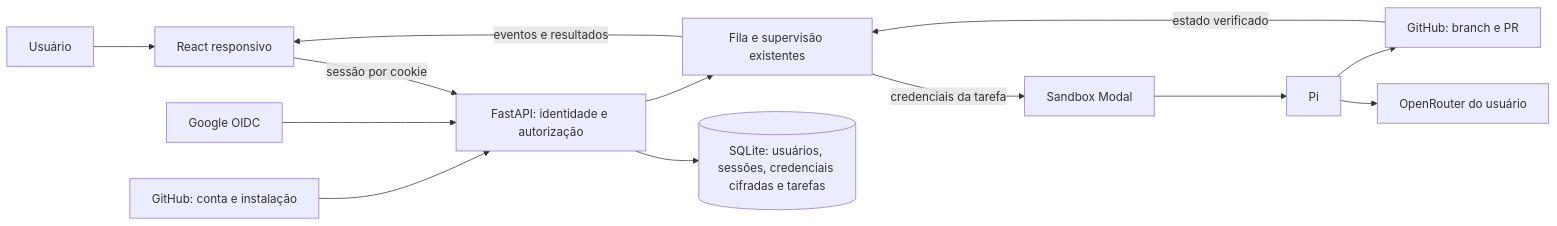
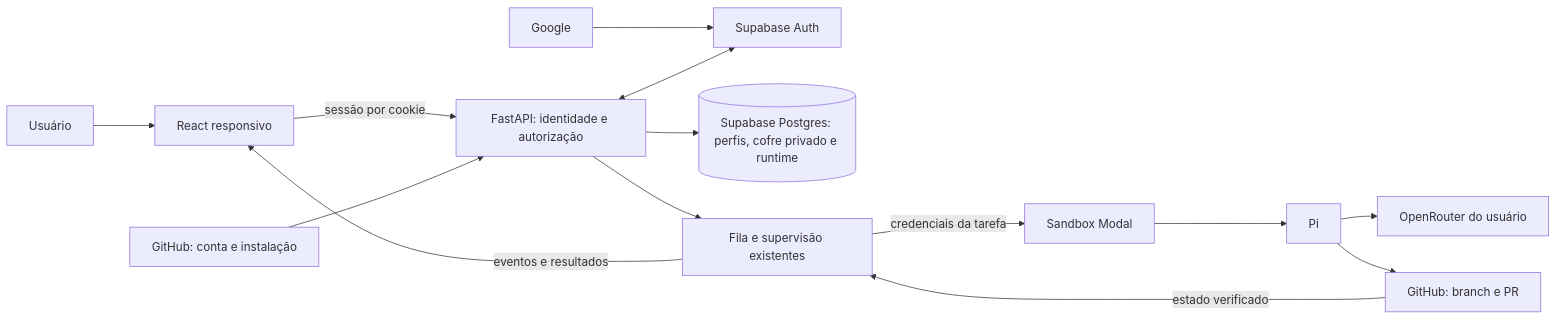
Before and after one commit to Giordanopsouza/gg-agent-server: the diagram in docs/mvp-web-plan.md, drawn with Mermaid. The commit also changed other lines of this file and 64 other files, not shown here.

````diff
--- a/docs/mvp-web-plan.md
+++ b/docs/mvp-web-plan.md
@@ -78,15 +80,16 @@
 ```mermaid
 flowchart LR
     U[Usuário] --> W[React responsivo]
     W -->|sessão por cookie| A[FastAPI: identidade e autorização]
-    G[Google OIDC] --> A
+    G[Google] --> SA[Supabase Auth]
+    A <--> SA
     H[GitHub: conta e instalação] --> A
-    A --> D[(SQLite: usuários, sessões, credenciais cifradas e tarefas)]
+    A --> D[(Supabase Postgres: perfis, cofre privado e runtime)]
     A --> Q[Fila e supervisão existentes]
     Q -->|credenciais da tarefa| S[Sandbox Modal]
     S --> P[Pi]
     P --> O[OpenRouter do usuário]
     P --> R[GitHub: branch e PR]
     R -->|estado verificado| Q
     Q -->|eventos e resultados| W
 ```
````
